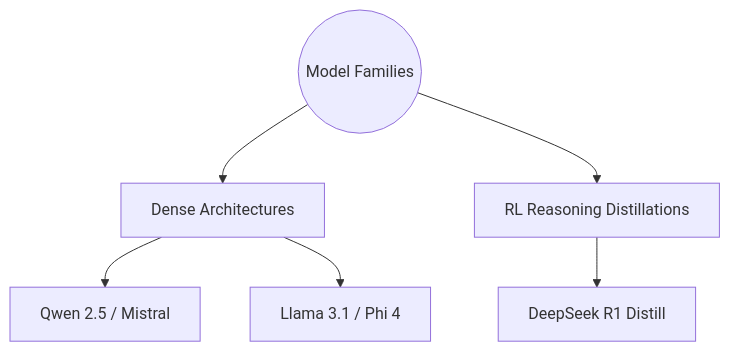
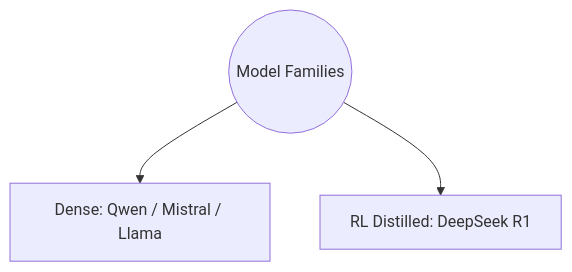
Before and after one commit to bhattadiCS/research-thesis-overthinking-boundary: the fifth of 10 diagrams in ThesisDocs/July_16_Progress.md, drawn with Mermaid. The commit also changed other lines of this file and 2 other files, not shown here.

````diff
--- a/ThesisDocs/July_16_Progress.md
+++ b/ThesisDocs/July_16_Progress.md
@@ -119,8 +80,5 @@
   ```mermaid
   graph TD
-      Root((Model Families)) --> Dense[Dense Architectures]
-      Root --> RL[RL Reasoning Distillations]
-      Dense --> Qwen[Qwen 2.5 / Mistral]
-      Dense --> Llama[Llama 3.1 / Phi 4]
-      RL --> DeepSeek[DeepSeek R1 Distill]
+      Root((Model Families)) --> Dense[Dense: Qwen / Mistral / Llama]
+      Root --> RL[RL Distilled: DeepSeek R1]
   ```
````
